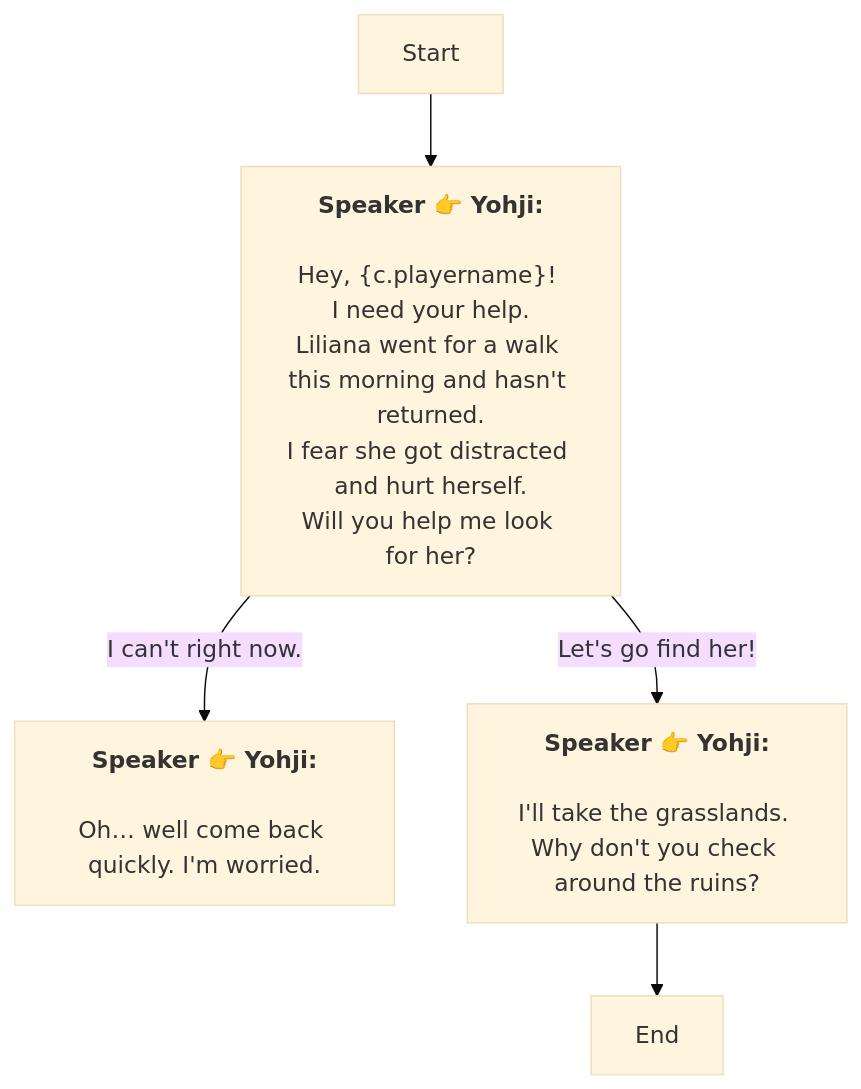
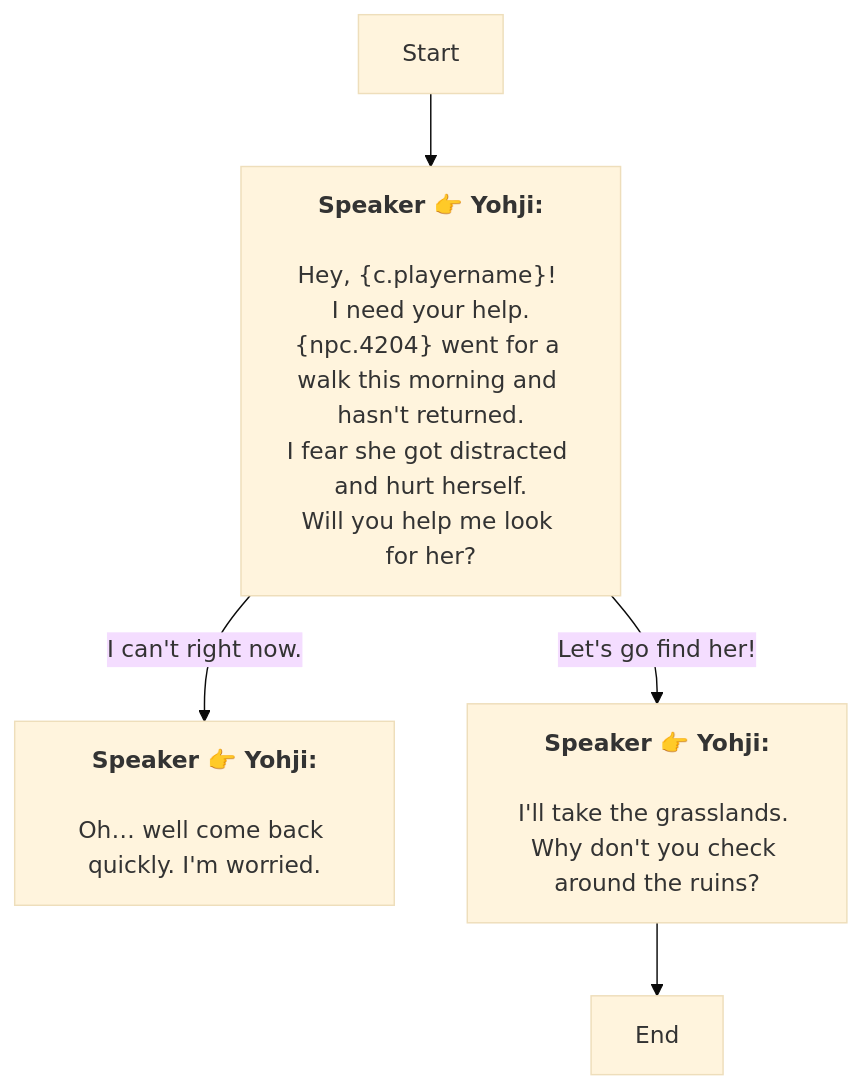
Before and after one commit to SoftHu/tos_avg: the diagram in En/Dialog_55285791394149.md, drawn with Mermaid (base theme). The commit also changed 730 other files, not shown here.

````diff
--- a/En/Dialog_55285791394149.md
+++ b/En/Dialog_55285791394149.md
@@ -1,14 +1,14 @@
 ```mermaid
 graph
 Start -->1769145372601380[<b>Speaker 👉 Yohji:</b>
 \nHey, &lbrace;c.playername&rbrace;! 
-I need your help.\nLiliana went for a walk this morning and hasn't returned.
+I need your help.\n&lbrace;npc.4204&rbrace; went for a walk this morning and hasn't returned.
 I fear she got distracted and hurt herself.\nWill you help me look for her?]
 1769145372601380 -->|I can't right now.|1769145495192623[<b>Speaker 👉 Yohji:</b>
 \nOh… well come back quickly. I'm worried.]
 1769145372601380 -->|Let's go find her!|1769145434147883[<b>Speaker 👉 Yohji:</b>
 \nI'll take the grasslands. 
 Why don't you check around the ruins?]
 1769145434147883 -->1769145370201123[End]
 
 ```
````
